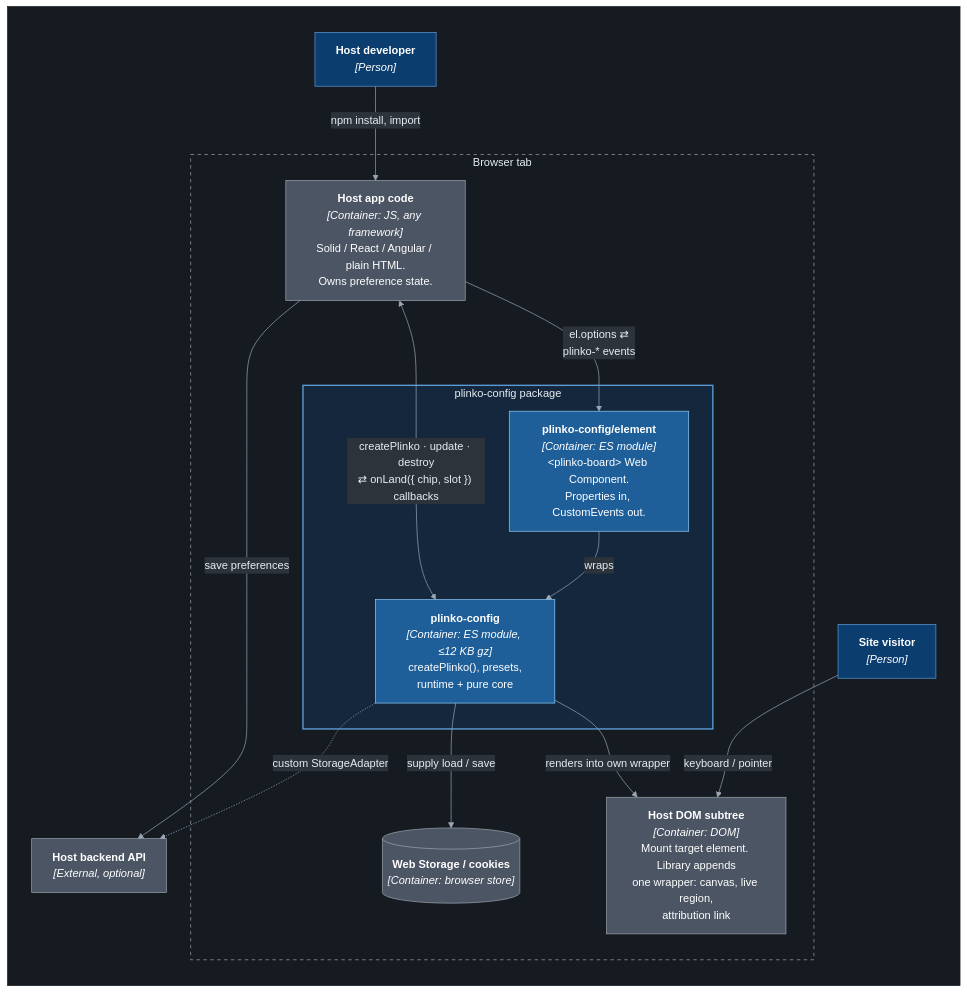
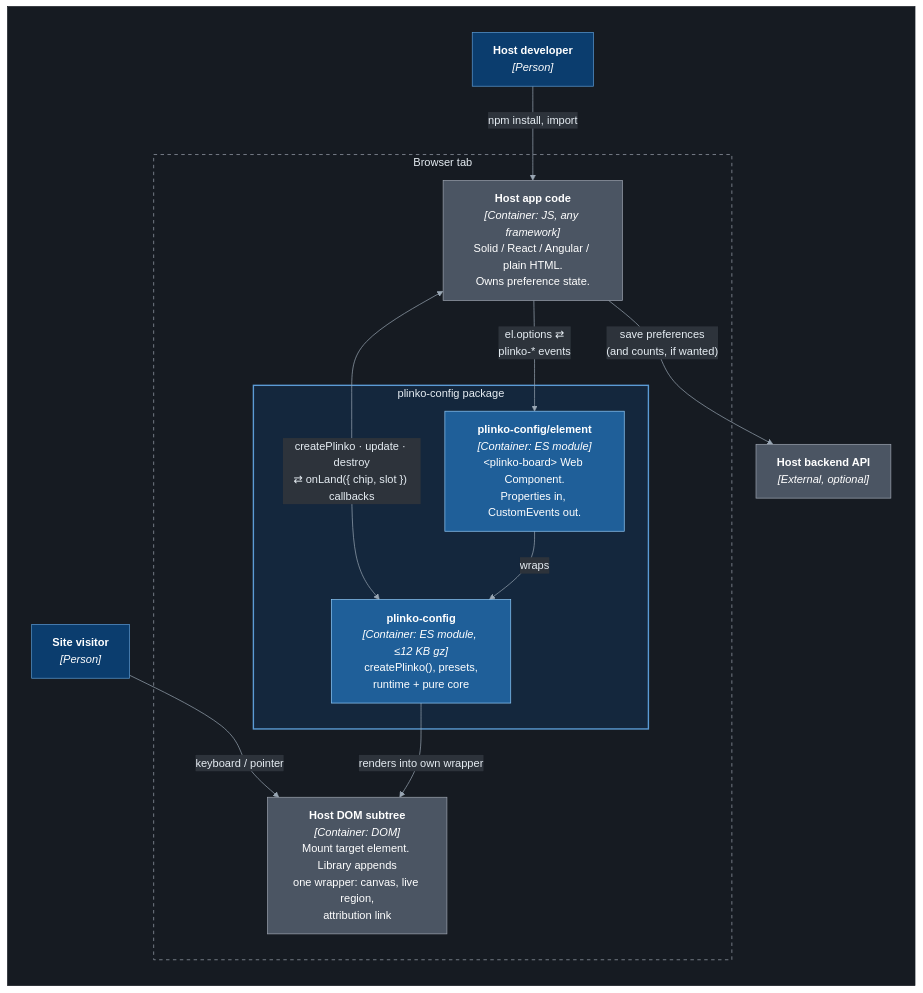
Before and after one commit to alanbickel/plinko-config: the second of 10 diagrams in docs/ARCHITECTURE.md, drawn with Mermaid. The commit also changed other lines of this file and 24 other files, not shown here.

Commit message:
Add in-memory chip supply: counts, refill policies, requests, and exhaustion lock; drop persistence from the design

````diff
--- a/docs/ARCHITECTURE.md
+++ b/docs/ARCHITECTURE.md
@@ -69,41 +67,38 @@
 ```mermaid
 %%{init: {"theme":"base","themeVariables":{"lineColor":"#9aa7b4","textColor":"#e6edf3","primaryTextColor":"#e6edf3","edgeLabelBackground":"#2d333b","clusterBkg":"#161b22","clusterBorder":"#30363d","titleColor":"#e6edf3"}}}%%
 flowchart TB
     subgraph canvas[" "]
         direction TB
 
         dev["<b>Host developer</b><br/><i>[Person]</i>"]:::person
         visitor["<b>Site visitor</b><br/><i>[Person]</i>"]:::person
 
         subgraph browser["Browser tab"]
             hostApp["<b>Host app code</b><br/><i>[Container: JS, any framework]</i><br/>Solid / React / Angular / plain HTML.<br/>Owns preference state."]:::external
 
             subgraph pkg["plinko-config package"]
                 element["<b>plinko-config/element</b><br/><i>[Container: ES module]</i><br/>&lt;plinko-board&gt; Web Component.<br/>Properties in, CustomEvents out."]:::container
                 core["<b>plinko-config</b><br/><i>[Container: ES module, ≤12 KB gz]</i><br/>createPlinko(), presets,<br/>runtime + pure core"]:::container
             end
 
             dom["<b>Host DOM subtree</b><br/><i>[Container: DOM]</i><br/>Mount target element. Library appends<br/>one wrapper: canvas, live region,<br/>attribution link"]:::external
-            storage[("<b>Web Storage / cookies</b><br/><i>[Container: browser store]</i>")]:::external
         end
 
         backend["<b>Host backend API</b><br/><i>[External, optional]</i>"]:::external
 
         dev -- "npm install, import" --> hostApp
         hostApp -- "el.options ⇄<br/>plinko-* events" --> element
         hostApp <-- "createPlinko · update · destroy<br/>⇄ onLand({ chip, slot }) callbacks" --> core
         element -- "wraps" --> core
         visitor -- "keyboard / pointer" --> dom
         core -- "renders into own wrapper" --> dom
-        core -- "supply load / save" --> storage
-        hostApp -- "save preferences" --> backend
-        core -. "custom StorageAdapter" .-> backend
+        hostApp -- "save preferences<br/>(and counts, if wanted)" --> backend
     end
 
     classDef person fill:#0b3d6e,stroke:#5b9bd5,color:#ffffff
     classDef container fill:#1f5f99,stroke:#90caf9,color:#ffffff
     classDef external fill:#4b5563,stroke:#9ca3af,color:#ffffff
     style canvas fill:#161b22,stroke:#161b22
     style browser fill:#161b22,stroke:#9ca3af,stroke-dasharray:5 5,color:#e6edf3
     style pkg fill:#14273d,stroke:#5b9bd5,stroke-width:2px,color:#e6edf3
 ```
````
